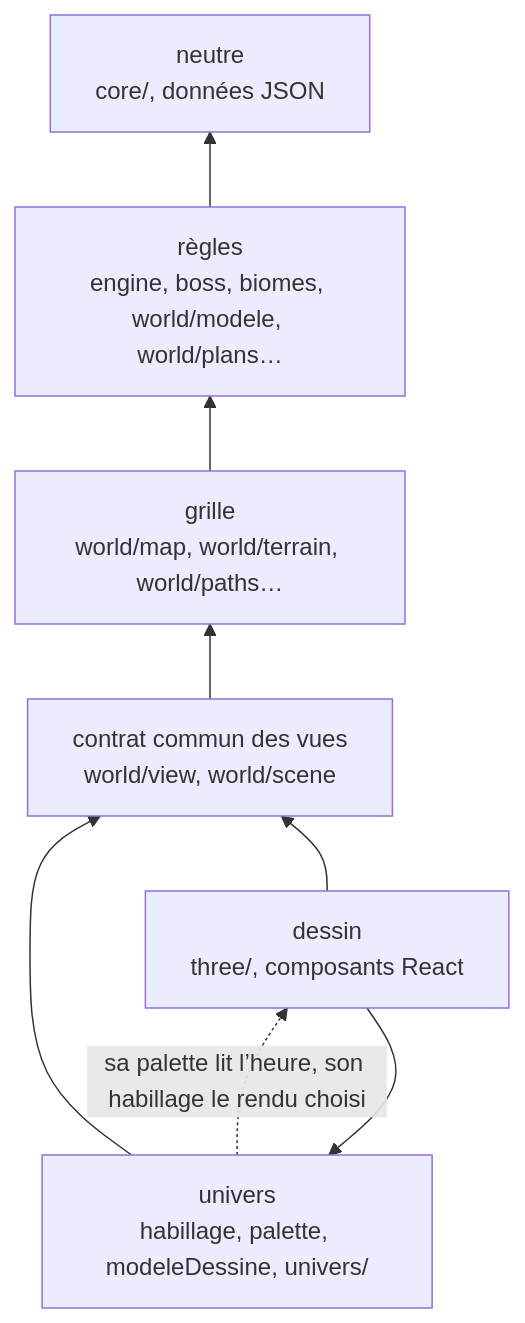
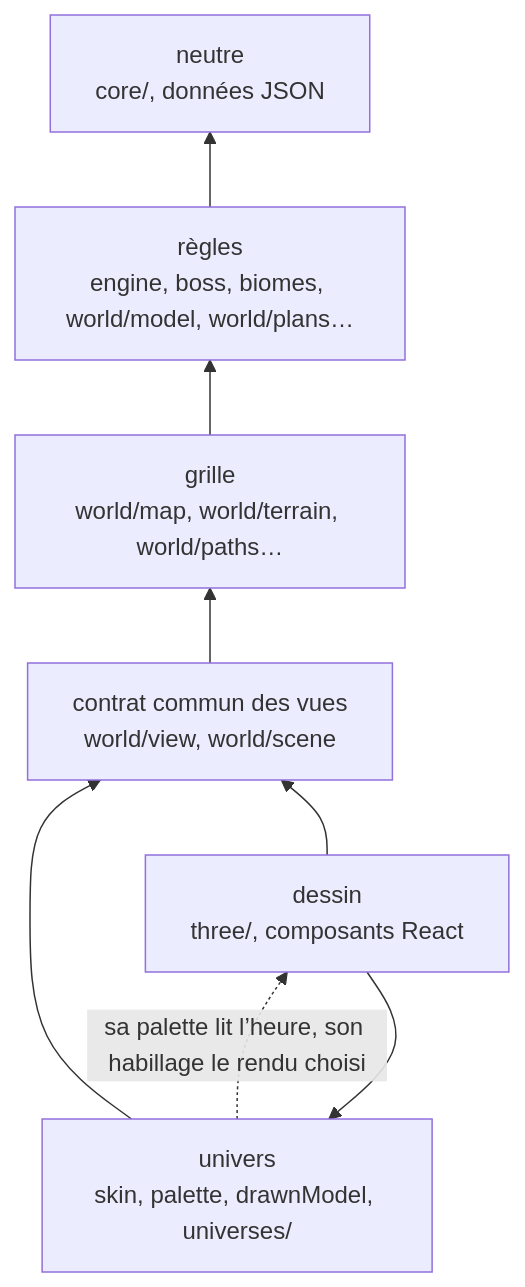
One commit to g7ed6e/dysapps changed the fourth of 4 diagrams in docs/architecture/index.md. Above: the diagram before and after it, drawn with Mermaid. The commit also changed other lines of this file and 706 other files, not shown here.

````diff
--- a/docs/architecture/index.md
+++ b/docs/architecture/index.md
@@ -92,16 +92,16 @@
 ```mermaid
 flowchart BT
   neutre[neutre<br/>core/, données JSON]
-  regle[règles<br/>engine, boss, biomes, world/modele, world/plans…]
+  regle[règles<br/>engine, boss, biomes, world/model, world/plans…]
   grille[grille<br/>world/map, world/terrain, world/paths…]
   commun[contrat commun des vues<br/>world/view, world/scene]
-  univers[univers<br/>habillage, palette, modeleDessine, univers/]
+  univers[univers<br/>skin, palette, drawnModel, universes/]
   dessin[dessin<br/>three/, composants React]
   regle --> neutre
   grille --> regle
   commun --> grille
   univers --> commun
   dessin --> univers
   dessin --> commun
   univers -. sa palette lit l’heure, son habillage le rendu choisi .-> dessin
 ```
````
